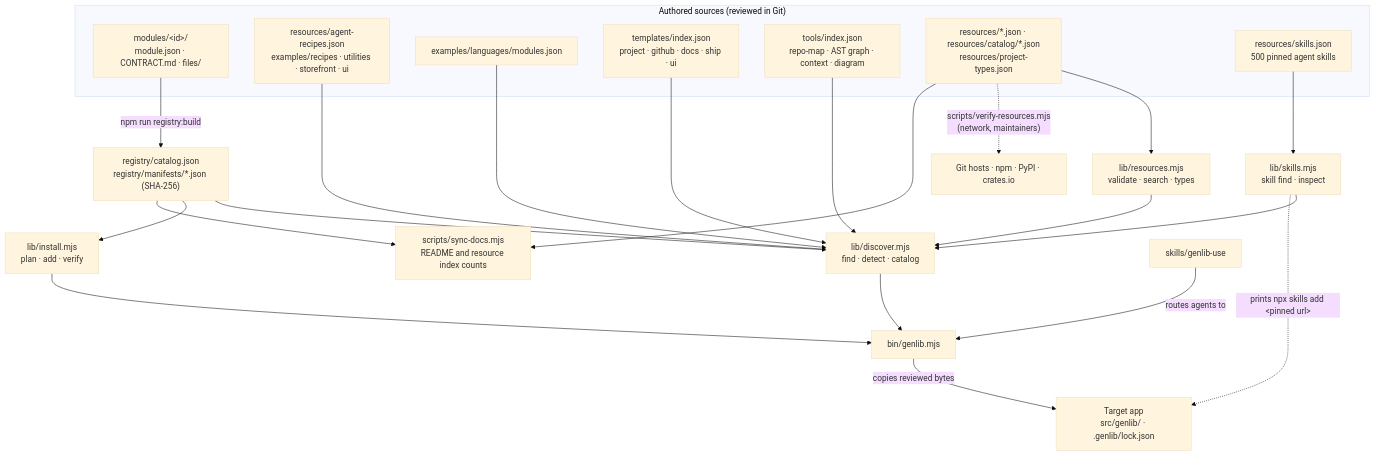
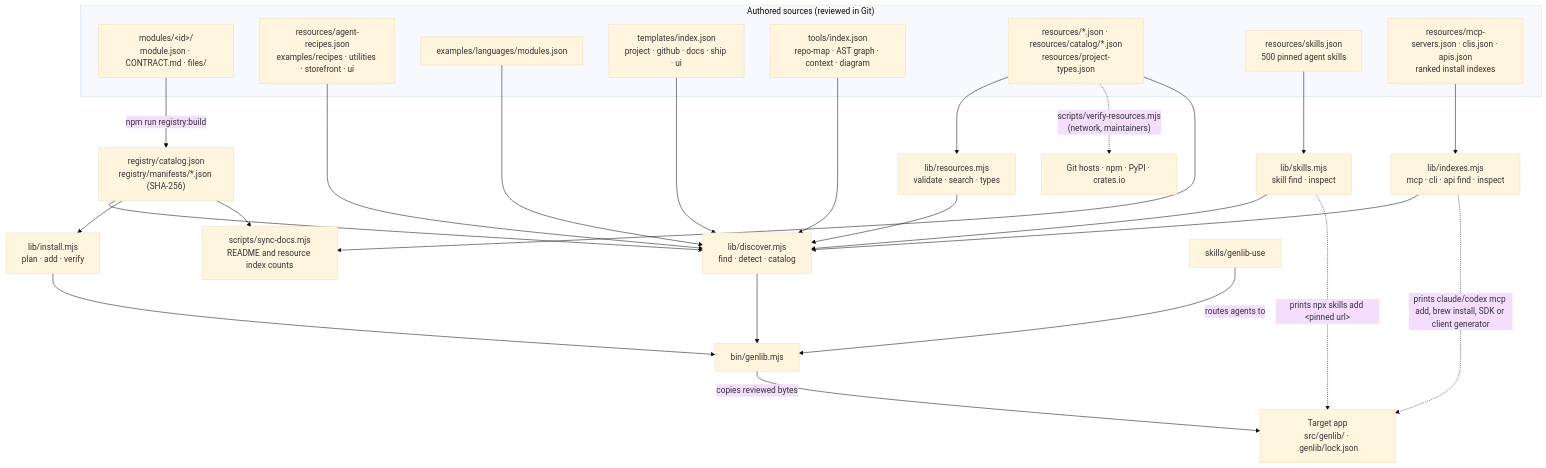
One commit to athompson83/genlib changed the diagram in docs/architecture.md. Above: the diagram before and after it, drawn with Mermaid (base theme). The commit also changed 14 other files, not shown here.

First line of the commit message:
WIP: CLI and API install indexes, MCP index pending download counts

````diff
--- a/docs/architecture.md
+++ b/docs/architecture.md
@@ -7,27 +7,30 @@
 ```mermaid
 flowchart TB
   subgraph Authored["Authored sources (reviewed in Git)"]
     MOD["modules/&lt;id&gt;/<br/>module.json · CONTRACT.md · files/"]
     REC["resources/agent-recipes.json<br/>examples/recipes · utilities · storefront · ui"]
     LANG["examples/languages/modules.json"]
     TPL["templates/index.json<br/>project · github · docs · ship · ui"]
     TOOLIDX["tools/index.json<br/>repo-map · AST graph · context · diagram"]
     RES["resources/*.json · resources/catalog/*.json<br/>resources/project-types.json"]
     SKL["resources/skills.json<br/>500 pinned agent skills"]
+    IDX["resources/mcp-servers.json · clis.json · apis.json<br/>ranked install indexes"]
   end
   MOD -- "npm run registry:build" --> REG["registry/catalog.json<br/>registry/manifests/*.json (SHA-256)"]
   REG --> DISC["lib/discover.mjs<br/>find · detect · catalog"]
   REC --> DISC
   LANG --> DISC
   TPL --> DISC
   TOOLIDX --> DISC
   SKL --> SKLIB["lib/skills.mjs<br/>skill find · inspect"] --> DISC
+  IDX --> IDXLIB["lib/indexes.mjs<br/>mcp · cli · api find · inspect"] --> DISC
   RES --> RESLIB["lib/resources.mjs<br/>validate · search · types"] --> DISC
   DISC --> CLI["bin/genlib.mjs"]
   REG --> INST["lib/install.mjs<br/>plan · add · verify"] --> CLI
   CLI -- "copies reviewed bytes" --> APP
-  SKLIB -. "prints npx skills add &lt;pinned url&gt;" .-> APP["Target app<br/>src/genlib/ · .genlib/lock.json"]
+  SKLIB -. "prints npx skills add &lt;pinned url&gt;" .-> APP
+  IDXLIB -. "prints claude/codex mcp add, brew install, SDK or client generator" .-> APP["Target app<br/>src/genlib/ · .genlib/lock.json"]
   RES -. "scripts/verify-resources.mjs<br/>(network, maintainers)" .-> NET["Git hosts · npm · PyPI · crates.io"]
   REG & RES --> DOCS["scripts/sync-docs.mjs<br/>README and resource index counts"]
   SKILL["skills/genlib-use"] -- "routes agents to" --> CLI
 ```
````
